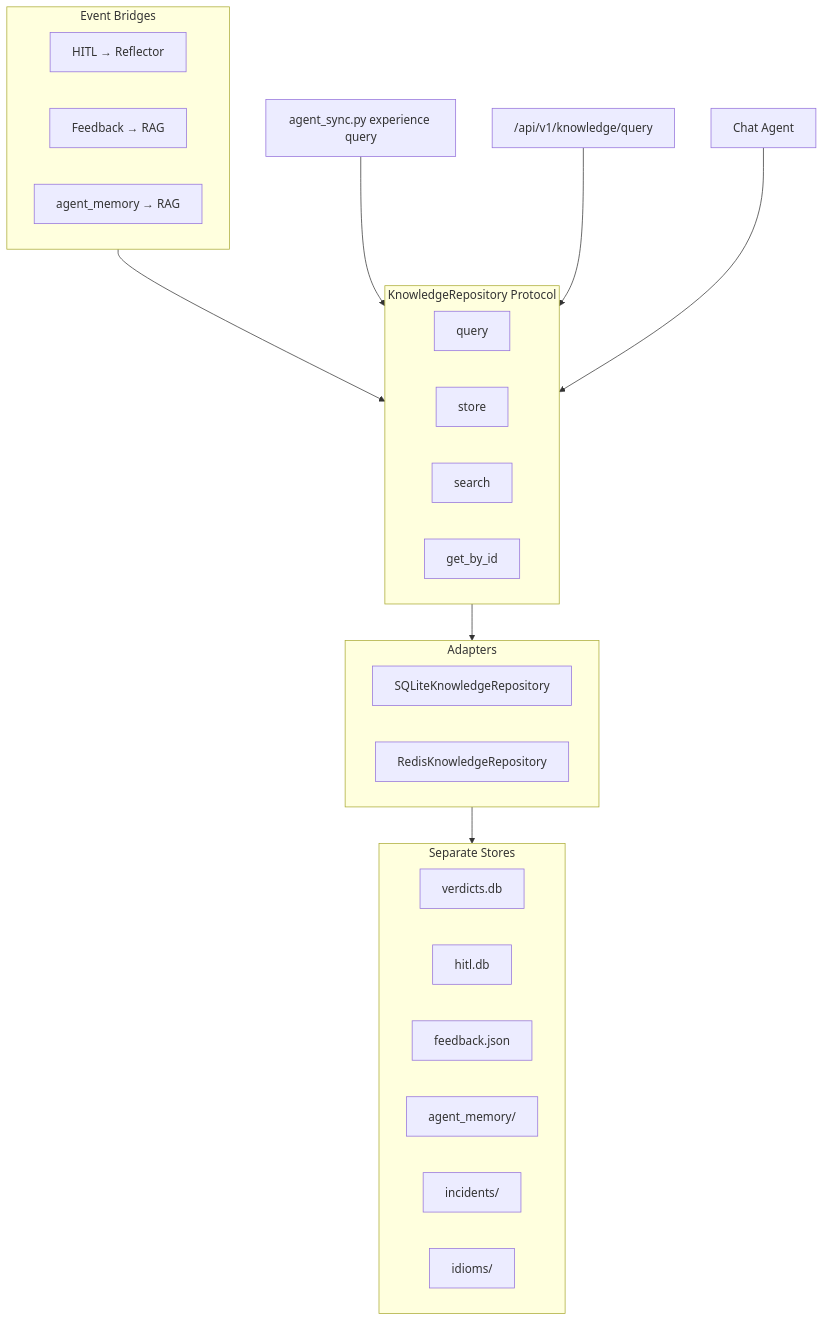
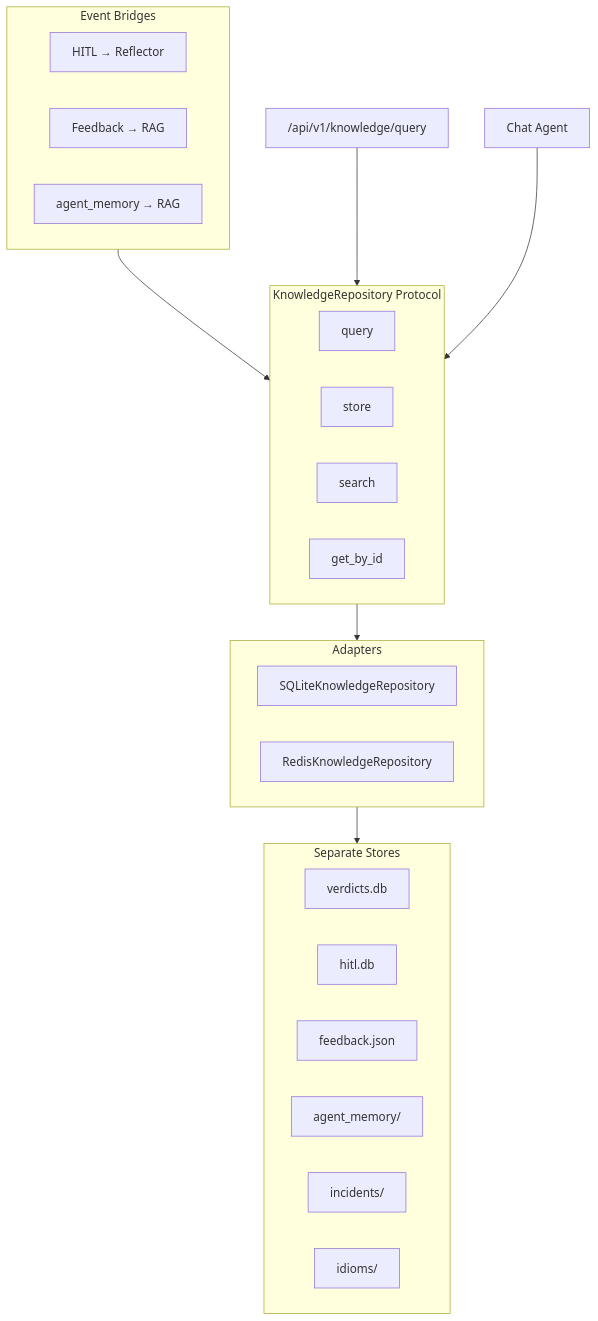
Before and after one commit to moaidmoatasem/cherenkov-qa: the fifth of 9 diagrams in docs-site/docs/architecture/diagrams.md, drawn with Mermaid. The commit also changed 2 other files, not shown here.

Commit message:
docs: fix public-docs-clean gate — remove internal script refs, fix stale self-test description
check_public_docs_clean.py --strict was failing with 8 errors: the
"Second Brain" architecture doc and diagram pointed readers at the
internal agent_sync.py tool instead of the public
/api/v1/knowledge/query REST endpoint, and the CLI reference described
self-test as an "internal self-test suite" (also stale vs. the actual
--help text: "deterministic dry-run of the pipeline").

````diff
--- a/docs-site/docs/architecture/diagrams.md
+++ b/docs-site/docs/architecture/diagrams.md
@@ -137,32 +137,31 @@
 ```mermaid
 flowchart TB
   subgraph KB[KnowledgeRepository Protocol]
     Q[query]
     S[store]
     SR[search]
     G[get_by_id]
   end
   subgraph Stores[Separate Stores]
     V[verdicts.db]
     H[hitl.db]
     F[feedback.json]
     AM[agent_memory/]
     I[incidents/]
     ID[idioms/]
   end
   subgraph Adapters[Adapters]
     SQL[SQLiteKnowledgeRepository]
     RED[RedisKnowledgeRepository]
   end
   subgraph Bridges[Event Bridges]
     HB[HITL → Reflector]
     FB[Feedback → RAG]
     AB[agent_memory → RAG]
   end
   KB --> Adapters
   Adapters --> Stores
   Bridges --> KB
-  CLI["agent_sync.py experience query"] --> KB
   APIRoute["/api/v1/knowledge/query"] --> KB
   ChatAgent[Chat Agent] --> KB
 ```
````
